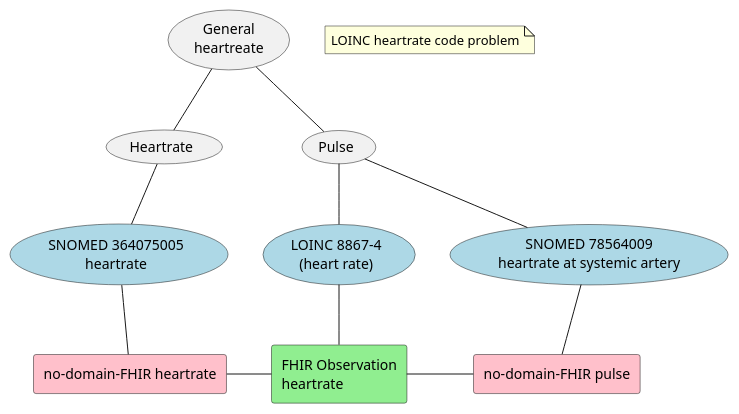
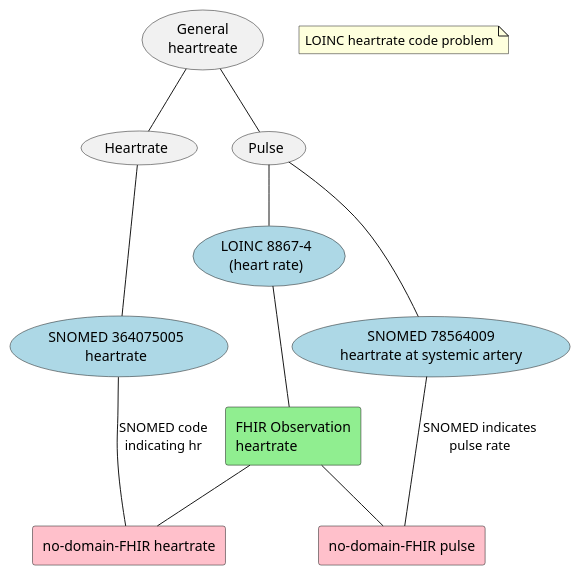
Before and after one commit to HL7Norway/no-domain: the diagram in VitalSigns/input/images-source/puls-hr-problem.plantuml, drawn with PlantUML.

Commit message:
adjustments

```diff
--- a/VitalSigns/input/images-source/puls-hr-problem.plantuml
+++ b/VitalSigns/input/images-source/puls-hr-problem.plantuml
@@ -1,33 +1,33 @@
 @startuml
 
 note "LOINC heartrate code problem" as problem
 
 "General\nheartreate" as (general)
 "Heartrate" as (hr)
 "Pulse" as (pulse)
 
 "LOINC 8867-4\n(heart rate)" as (8867) #lightblue
 "SNOMED 78564009\nheartrate at systemic artery" as (snopulse) #lightblue
 "SNOMED 364075005\nheartrate" as (snohr) #lightblue
 '"LOINC hr code" as (loinchr) #lightblue
 
 rectangle "FHIR Observation\nheartrate" as fhirhr #lightgreen
 rectangle "no-domain-FHIR heartrate" as nodomhr #pink
 rectangle "no-domain-FHIR pulse" as nodompulse #pink
 
 general -down- hr
 general -down- pulse
 pulse -down- snopulse
 hr -down- snohr
 pulse -down- 8867
 8867 -down- fhirhr
-fhirhr -left- nodomhr
-fhirhr -right- nodompulse
-nodompulse -up- snopulse
-nodomhr -up- snohr
+fhirhr -down- nodomhr
+fhirhr -down- nodompulse
+nodompulse -up- snopulse :SNOMED indicates\npulse rate
+nodomhr -up- snohr :SNOMED code\nindicating hr
 'rectangle "test" as rect {
 '"search for information" as (soke) #lightblue
 '"indexing" as (indeksere)
 '"read information" as (lese) #lightblue
 '"share information" as (dele) #lightblued
 @enduml
```
